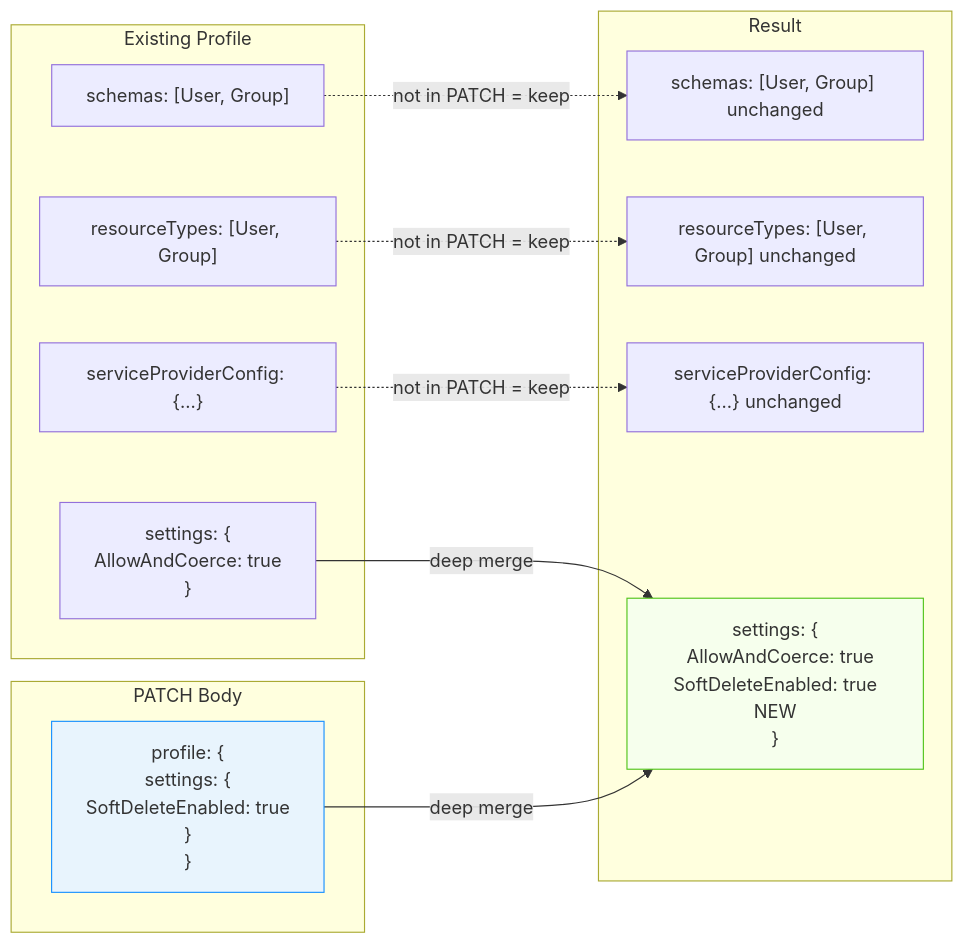
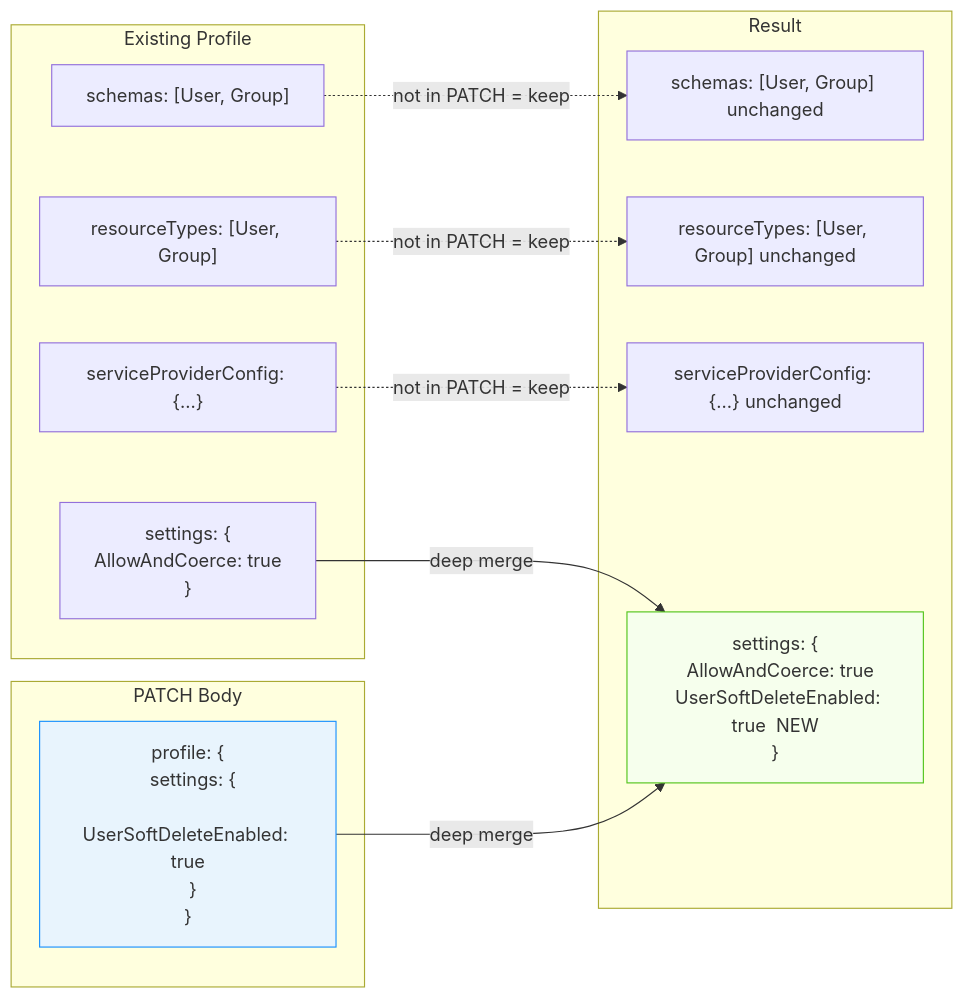
Before and after one commit to pranems/SCIMServer: the ninth of 20 diagrams in docs/SCHEMA_TEMPLATES_DESIGN.md, drawn with Mermaid. The commit also changed other lines of this file and 82 other files, not shown here.

First line of the commit message:
feat: remove deletedAt, implement UserSoftDeleteEnabled PATCH gate, update docs

````diff
--- a/docs/SCHEMA_TEMPLATES_DESIGN.md
+++ b/docs/SCHEMA_TEMPLATES_DESIGN.md
@@ -618,29 +618,29 @@
 ```mermaid
 flowchart LR
     subgraph "Existing Profile"
         S1["schemas: [User, Group]"]
         RT1["resourceTypes: [User, Group]"]
         SPC1["serviceProviderConfig: {...}"]
         SET1["settings: {<br/>  AllowAndCoerce: true<br/>}"]
     end
 
     subgraph "PATCH Body"
-        PATCH["profile: {<br/>  settings: {<br/>    SoftDeleteEnabled: true<br/>  }<br/>}"]
+        PATCH["profile: {<br/>  settings: {<br/>    UserSoftDeleteEnabled: true<br/>  }<br/>}"]
     end
 
     subgraph "Result"
         S2["schemas: [User, Group] unchanged"]
         RT2["resourceTypes: [User, Group] unchanged"]
         SPC2["serviceProviderConfig: {...} unchanged"]
-        SET2["settings: {<br/>  AllowAndCoerce: true<br/>  SoftDeleteEnabled: true  NEW<br/>}"]
+        SET2["settings: {<br/>  AllowAndCoerce: true<br/>  UserSoftDeleteEnabled: true  NEW<br/>}"]
     end
 
     S1 -.->|"not in PATCH = keep"| S2
     RT1 -.->|"not in PATCH = keep"| RT2
     SPC1 -.->|"not in PATCH = keep"| SPC2
     SET1 -->|"deep merge"| SET2
     PATCH -->|"deep merge"| SET2
 
     style PATCH fill:#e8f4fd,stroke:#1890ff
     style SET2 fill:#f6ffed,stroke:#52c41a
 ```
````
